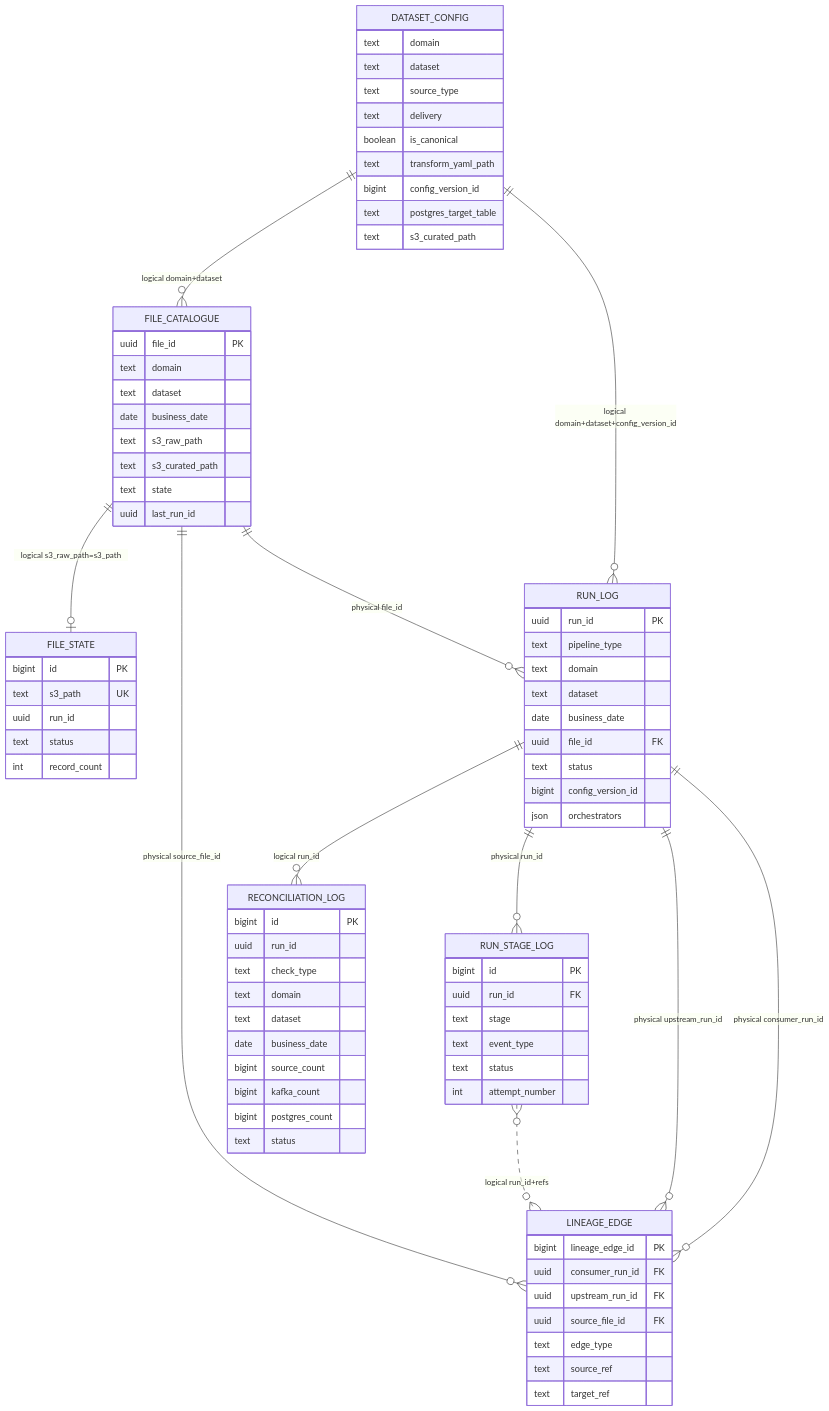
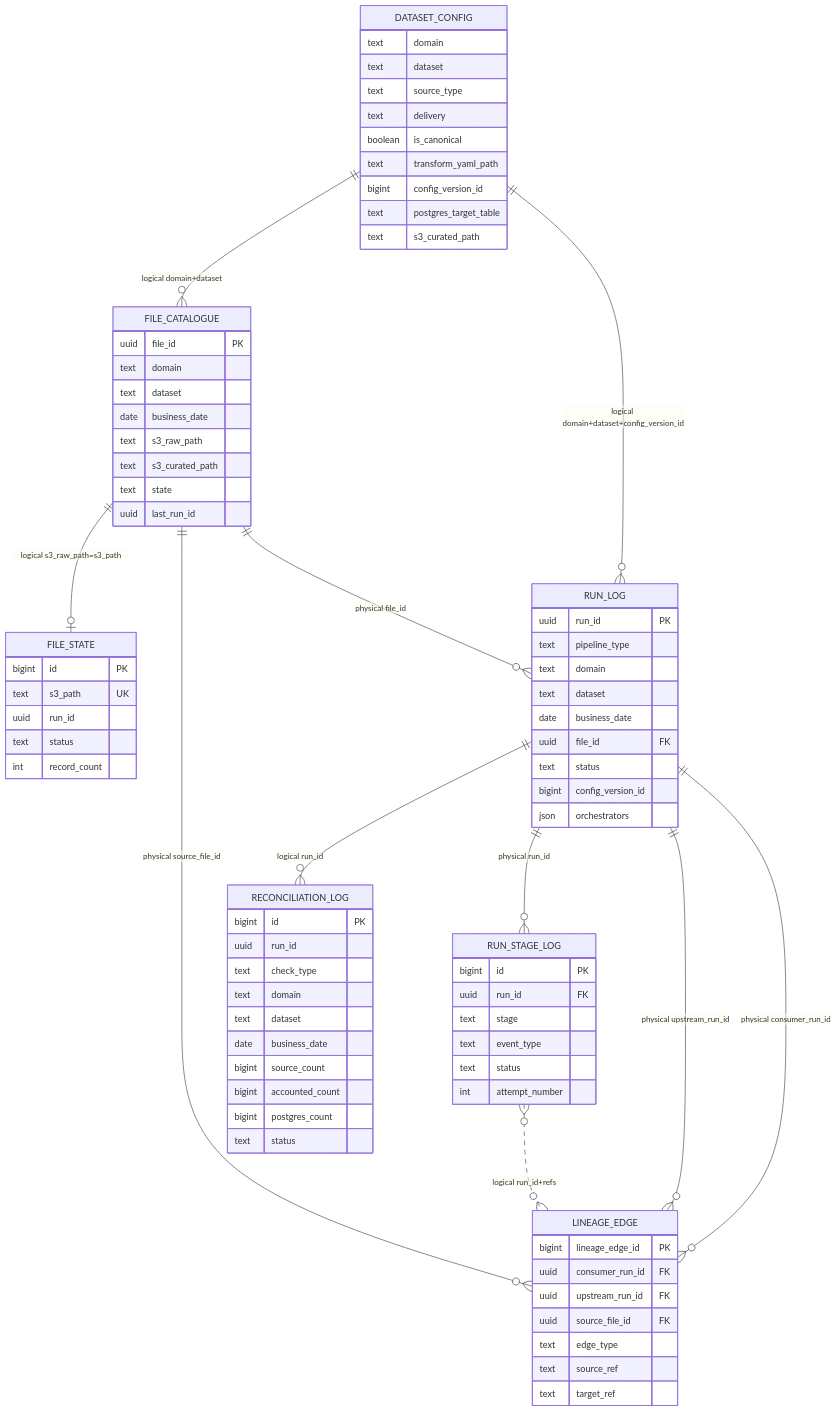
Before and after one commit to holdersav20001/ods: the first of 2 diagrams in docs/dev-guides/control-table-writes-direct-postgres.md, drawn with Mermaid. The commit also changed other lines of this file and 63 other files, not shown here.

```diff
--- a/docs/dev-guides/control-table-writes-direct-postgres.md
+++ b/docs/dev-guides/control-table-writes-direct-postgres.md
@@ -112,7 +112,7 @@
         text dataset
         date business_date
         bigint source_count
-        bigint kafka_count
+        bigint accounted_count
         bigint postgres_count
         text status
     }
```
